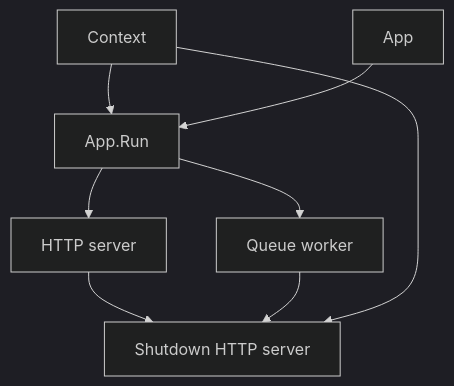
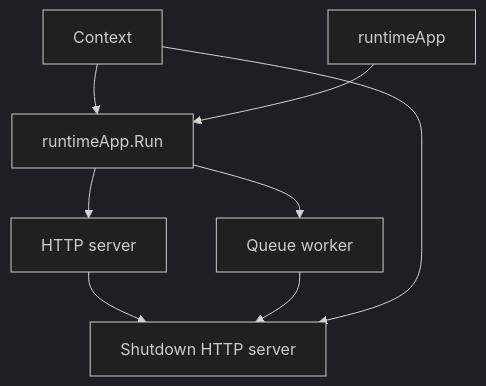
Before and after one commit to siutsin/telegram-jung2-bot: the second of 2 diagrams in internal/app/README.md, drawn with Mermaid (dark theme). The commit also changed other lines of this file and 38 other files, not shown here.

````diff
--- a/internal/app/README.md
+++ b/internal/app/README.md
@@ -32,10 +32,10 @@
 ```mermaid
 flowchart TD
-    ctx[Context] --> run[App.Run]
-    app[App] --> run
+    ctx[Context] --> run[runtimeApp.Run]
+    app[runtimeApp] --> run
     run --> serve[HTTP server]
     run --> poll[Queue worker]
     serve --> stop[Shutdown HTTP server]
     poll --> stop
     ctx --> stop
 ```
````
